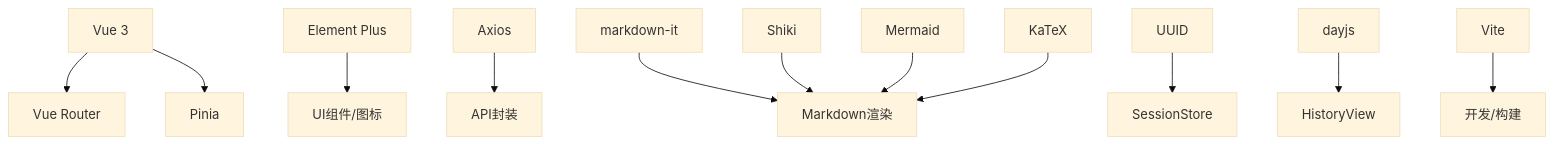
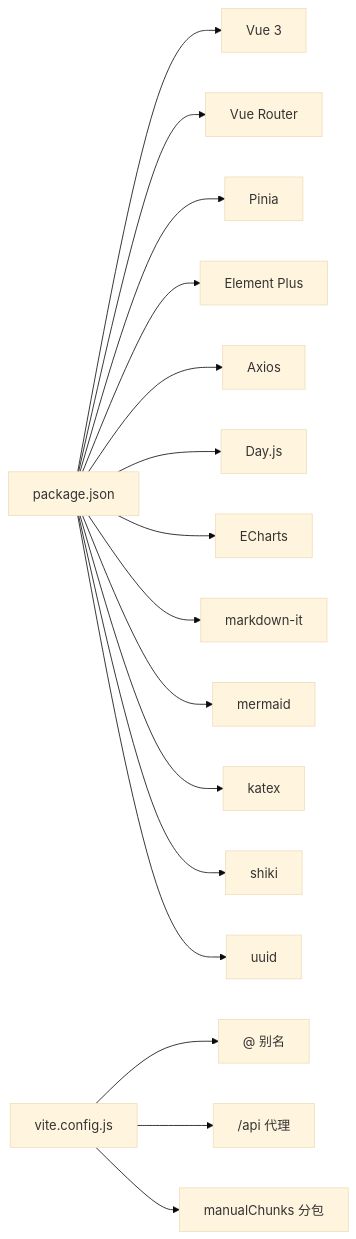
The sixth of 6 diagrams in NL2SQL/.qoder/repowiki/zh/content/前端应用/前端应用.md (HanHuiOnLine/724-office), drawn with Mermaid (base theme) before and after one commit. The commit also changed other lines of this file and 200 other files, not shown here.

````diff
--- a/NL2SQL/.qoder/repowiki/zh/content/前端应用/前端应用.md
+++ b/NL2SQL/.qoder/repowiki/zh/content/前端应用/前端应用.md
@@ -460,14 +347,18 @@
 ```mermaid
-graph TB
-V["Vue 3"] --> VR["Vue Router"]
-V --> P["Pinia"]
-EP["Element Plus"] --> UI["UI组件/图标"]
-AX["Axios"] --> API["API封装"]
-MD["markdown-it"] --> MR["Markdown渲染"]
-SK["Shiki"] --> MR
-MQ["Mermaid"] --> MR
-KT["KaTeX"] --> MR
-UUID["UUID"] --> SS["SessionStore"]
-DJ["dayjs"] --> HV["HistoryView"]
-Vite["Vite"] --> Build["开发/构建"]
+graph LR
+P["package.json"] --> V["Vue 3"]
+P --> VR["Vue Router"]
+P --> PI["Pinia"]
+P --> EP["Element Plus"]
+P --> AX["Axios"]
+P --> DJ["Day.js"]
+P --> EC["ECharts"]
+P --> MD["markdown-it"]
+P --> MR["mermaid"]
+P --> KT["katex"]
+P --> SH["shiki"]
+P --> UUID["uuid"]
+VC["vite.config.js"] --> ALIAS["@ 别名"]
+VC --> PROXY["/api 代理"]
+VC --> CHUNKS["manualChunks 分包"]
 ```
````
